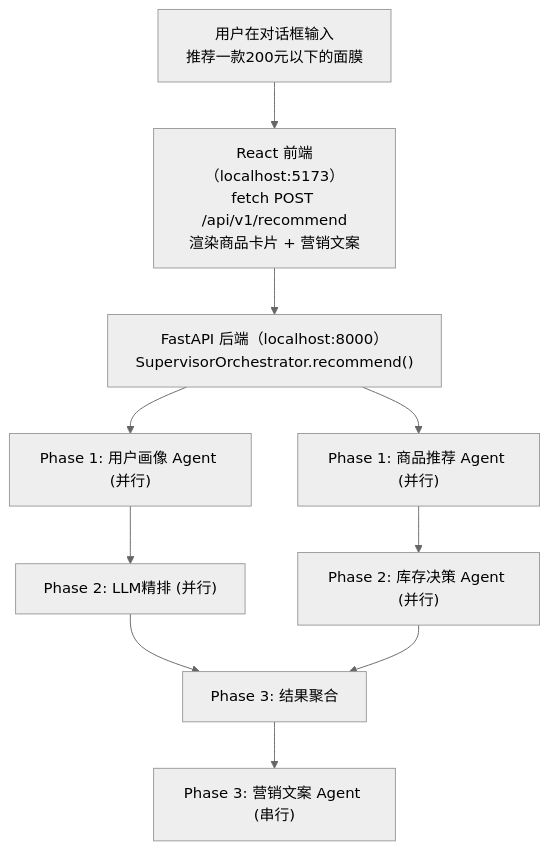
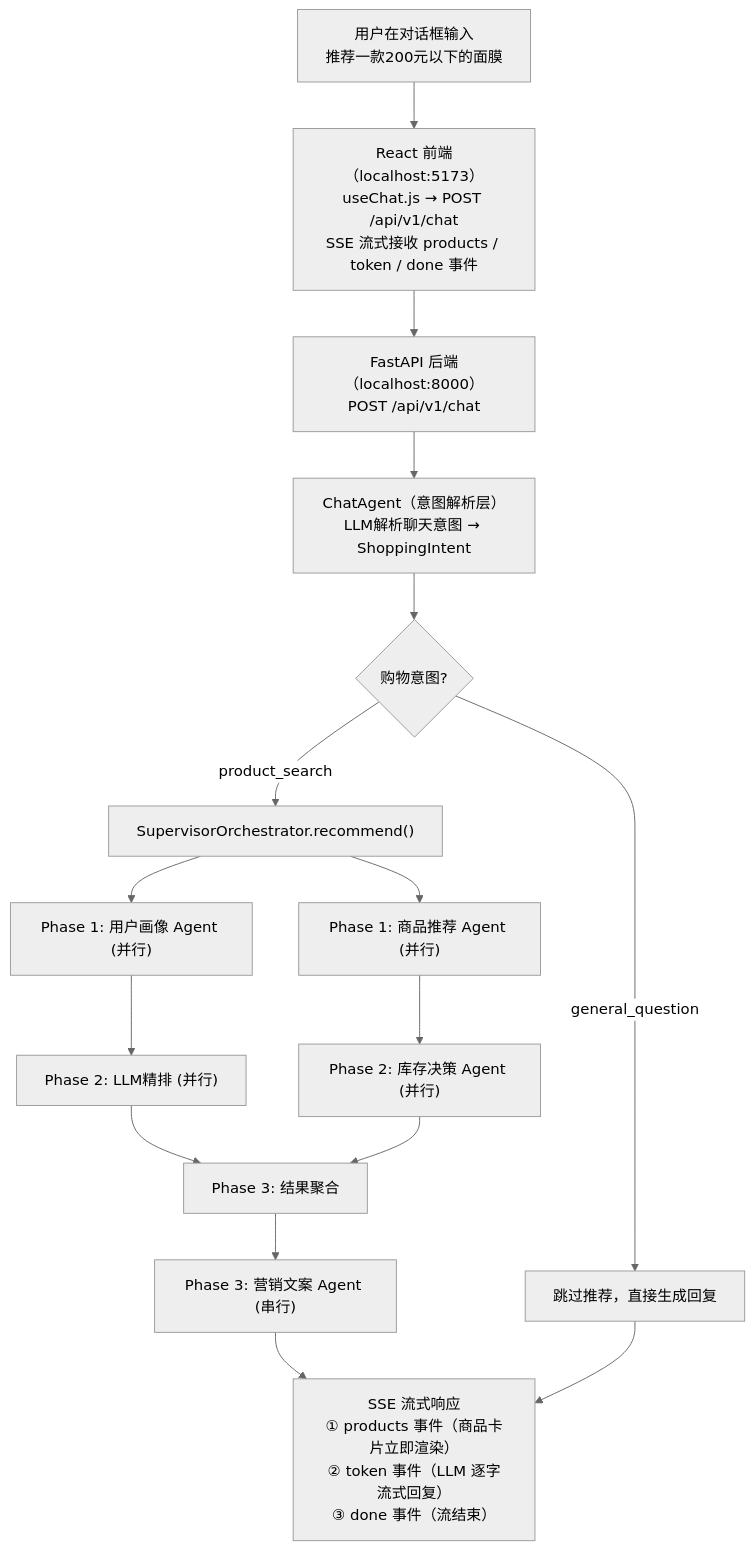
The first of 5 diagrams in README.md (heyheyHazel/Multi-Agent-Ecommerce-System), drawn with Mermaid (neutral theme) before and after one commit. The commit also changed other lines of this file and 2181 other files, not shown here.

````diff
--- a/README.md
+++ b/README.md
@@ -34,12 +34,18 @@
 ```mermaid
 graph TB
-    A["用户在对话框输入<br/>推荐一款200元以下的面膜"] --> B["React 前端（localhost:5173）<br/>fetch POST /api/v1/recommend<br/>渲染商品卡片 + 营销文案"]
-    B --> C["FastAPI 后端（localhost:8000）<br/>SupervisorOrchestrator.recommend()"]
-    C --> D["Phase 1: 用户画像 Agent (并行)"]
-    C --> E["Phase 1: 商品推荐 Agent (并行)"]
-    D --> F["Phase 2: LLM精排 (并行)"]
-    E --> G["Phase 2: 库存决策 Agent (并行)"]
-    F --> H["Phase 3: 结果聚合"]
-    G --> H
-    H --> I["Phase 3: 营销文案 Agent (串行)"]
+    A["用户在对话框输入<br/>推荐一款200元以下的面膜"] --> B["React 前端（localhost:5173）<br/>useChat.js → POST /api/v1/chat<br/>SSE 流式接收 products / token / done 事件"]
+    B --> C["FastAPI 后端（localhost:8000）<br/>POST /api/v1/chat"]
+    C --> D["ChatAgent（意图解析层）<br/>LLM解析聊天意图 → ShoppingIntent"]
+    D --> E{"购物意图?"}
+    E -->|product_search| F["SupervisorOrchestrator.recommend()"]
+    E -->|general_question| G["跳过推荐，直接生成回复"]
+    F --> H["Phase 1: 用户画像 Agent (并行)"]
+    F --> I["Phase 1: 商品推荐 Agent (并行)"]
+    H --> J["Phase 2: LLM精排 (并行)"]
+    I --> K["Phase 2: 库存决策 Agent (并行)"]
+    J --> L["Phase 3: 结果聚合"]
+    K --> L
+    L --> M["Phase 3: 营销文案 Agent (串行)"]
+    M --> N["SSE 流式响应<br/>① products 事件（商品卡片立即渲染）<br/>② token 事件（LLM 逐字流式回复）<br/>③ done 事件（流结束）"]
+    G --> N
 ```
````
